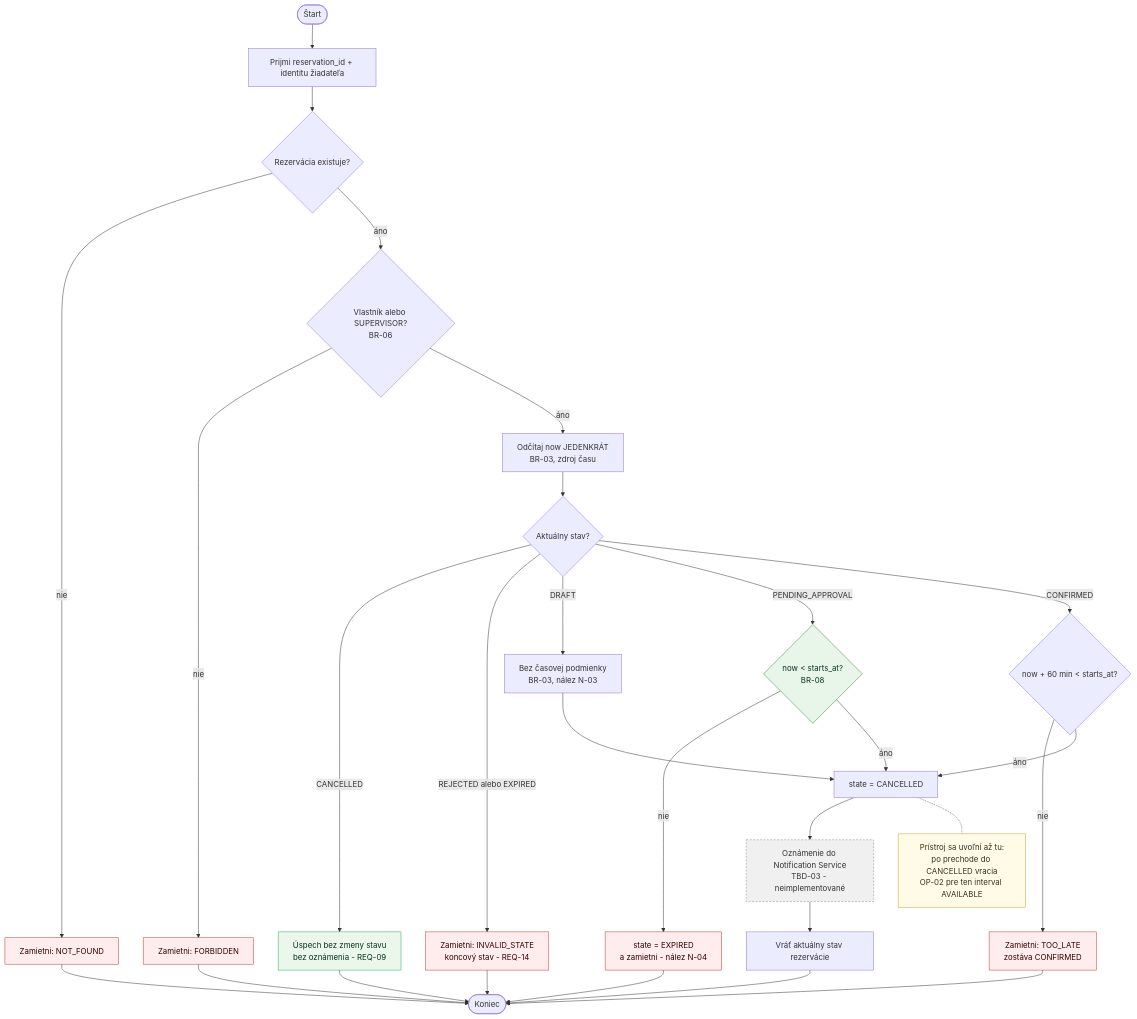
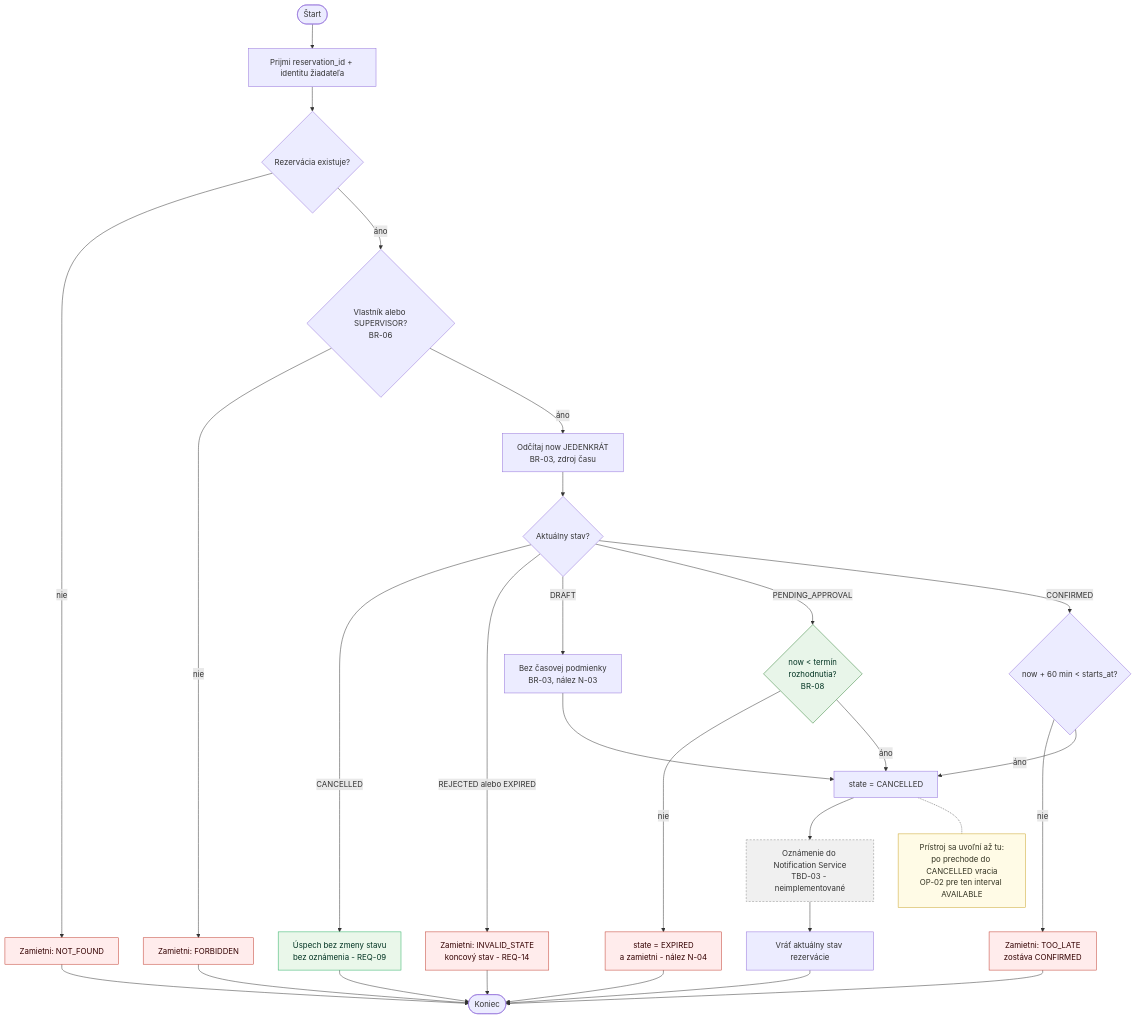
Before and after one commit to thspowered/SWI-LAB: the sixth of 7 diagrams in docs/diagrams.md, drawn with Mermaid. The commit also changed other lines of this file and 2 other files, not shown here.

````diff
--- a/docs/diagrams.md
+++ b/docs/diagrams.md
@@ -285,43 +291,43 @@
 ```mermaid
 flowchart TD
     A([Štart]) --> B["Prijmi reservation_id + identitu žiadateľa"]
     B --> C{"Rezervácia existuje?"}
     C -->|"nie"| X1["Zamietni: NOT_FOUND"]
     C -->|"áno"| D{"Vlastník alebo SUPERVISOR?<br/>BR-06"}
     D -->|"nie"| X2["Zamietni: FORBIDDEN"]
     D -->|"áno"| E["Odčítaj now JEDENKRÁT<br/>BR-03, zdroj času"]
     E --> F{"Aktuálny stav?"}
     F -->|"CANCELLED"| R1["Úspech bez zmeny stavu<br/>bez oznámenia - REQ-09"]
     F -->|"REJECTED alebo EXPIRED"| X5["Zamietni: INVALID_STATE<br/>koncový stav - REQ-14"]
     F -->|"DRAFT"| G["Bez časovej podmienky<br/>BR-03, nález N-03"]
-    F -->|"PENDING_APPROVAL"| Q{"now < starts_at?<br/>BR-08"}
+    F -->|"PENDING_APPROVAL"| Q{"now < termín<br/>rozhodnutia?<br/>BR-08"}
     F -->|"CONFIRMED"| H{"now + 60 min < starts_at?"}
     Q -->|"nie"| X6["state = EXPIRED<br/>a zamietni - nález N-04"]
     Q -->|"áno"| J["state = CANCELLED"]
     G --> J
     H -->|"nie"| X4["Zamietni: TOO_LATE<br/>zostáva CONFIRMED"]
     H -->|"áno"| J
     J --> K["Oznámenie do Notification Service<br/>TBD-03 - neimplementované"]
     K --> L["Vráť aktuálny stav rezervácie"]
     L --> Z([Koniec])
     R1 --> Z
     X1 --> Z
     X2 --> Z
     X4 --> Z
     X5 --> Z
     X6 --> Z
 
     N["Prístroj sa uvoľní až tu:<br/>po prechode do CANCELLED vracia<br/>OP-02 pre ten interval AVAILABLE"]
     J -.- N
 
     classDef rej fill:#ffecec,stroke:#c0392b,color:#300;
     classDef ok fill:#eaf7ea,stroke:#27ae60,color:#032;
     classDef note fill:#fffbe6,stroke:#c9a227,color:#332;
     classDef todo fill:#f0f0f0,stroke:#888,color:#333,stroke-dasharray: 4 3;
     classDef new fill:#e8f5e9,stroke:#2e7d32,color:#032;
     class X1,X2,X4,X5,X6 rej;
     class R1 ok;
     class N note;
     class K todo;
     class Q new;
 ```
````
